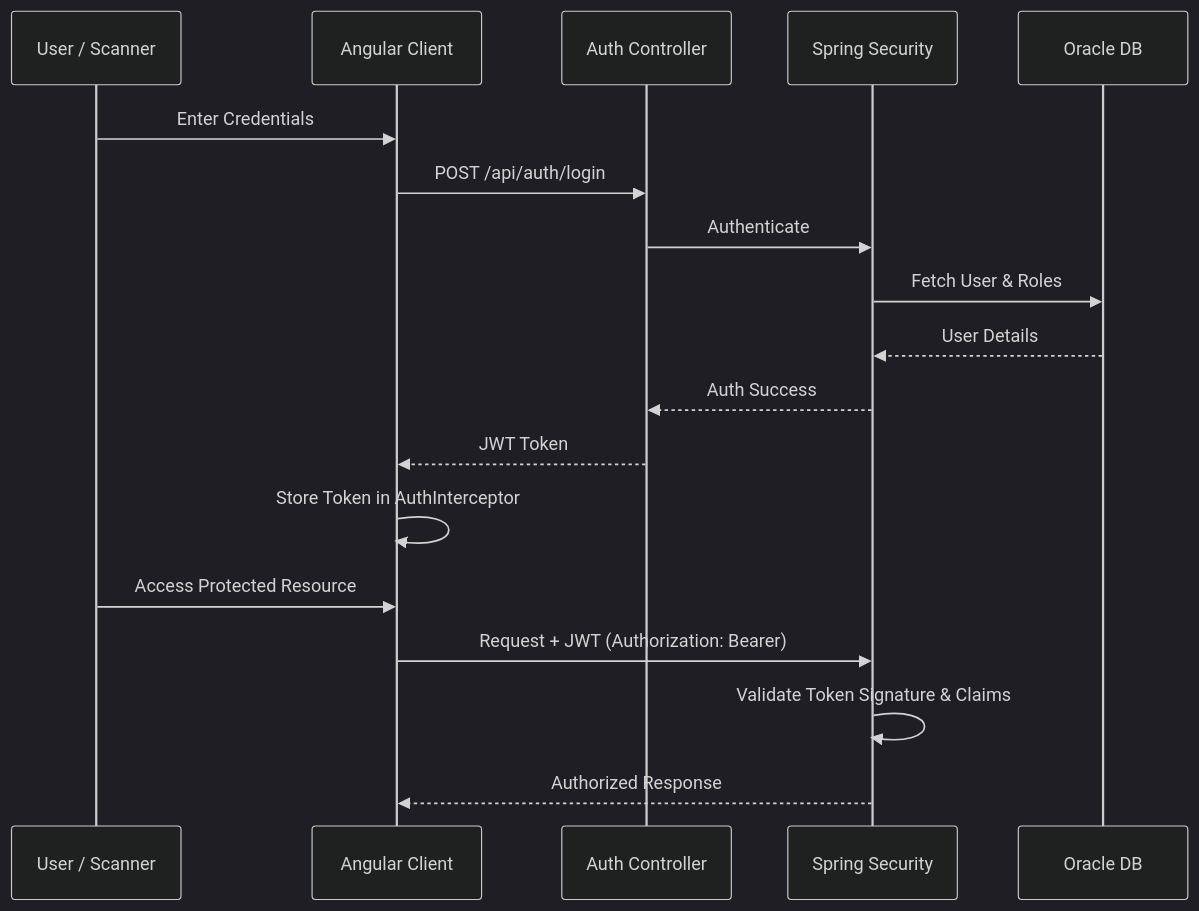
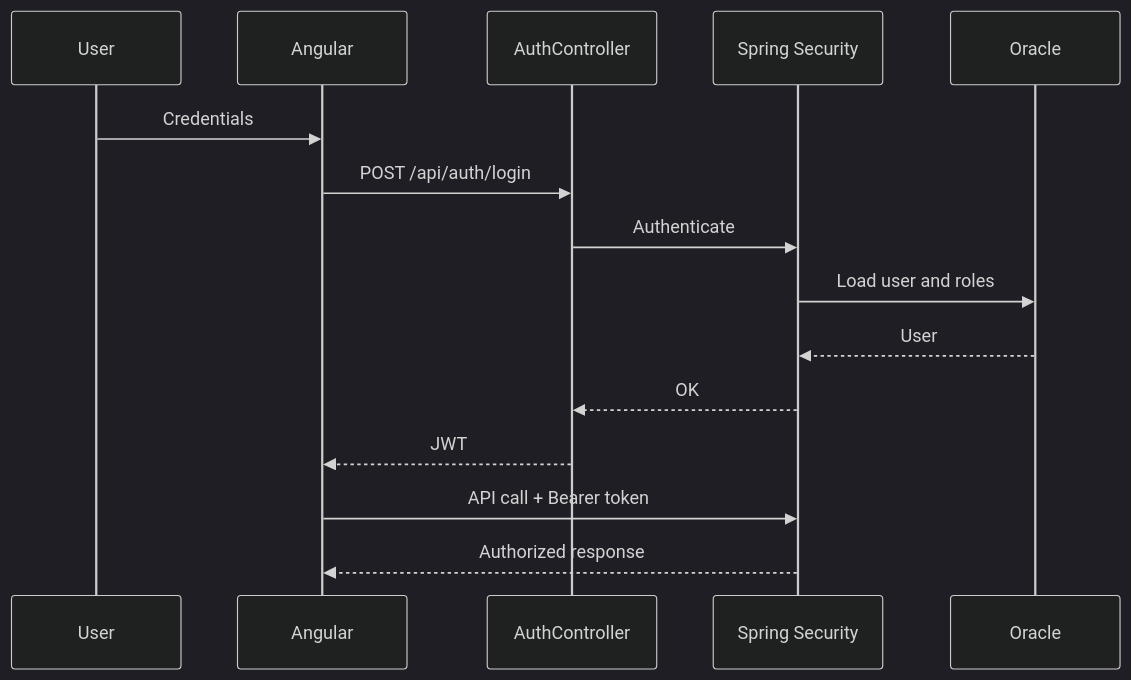
Before and after one commit to kirtika-0102/StockSmart: the fifth of 6 diagrams in docs/architecture.md, drawn with Mermaid (dark theme). The commit also changed other lines of this file and 74 other files, not shown here.

Commit message:
architecture of application

````diff
--- a/docs/architecture.md
+++ b/docs/architecture.md
@@ -160,21 +163,18 @@
 ```mermaid
 sequenceDiagram
-    participant User as User / Scanner
-    participant Angular as Angular Client
-    participant AuthAPI as Auth Controller
-    participant SpringSec as Spring Security
-    participant DB as Oracle DB
+    participant User
+    participant Angular as Angular
+    participant Auth as AuthController
+    participant Sec as Spring Security
+    participant DB as Oracle
 
-    User->>Angular: Enter Credentials
-    Angular->>AuthAPI: POST /api/auth/login
-    AuthAPI->>SpringSec: Authenticate
-    SpringSec->>DB: Fetch User & Roles
-    DB-->>SpringSec: User Details
-    SpringSec-->>AuthAPI: Auth Success
-    AuthAPI-->>Angular: JWT Token
-    Angular->>Angular: Store Token in AuthInterceptor
-    User->>Angular: Access Protected Resource
-    Angular->>SpringSec: Request + JWT (Authorization: Bearer)
-    SpringSec->>SpringSec: Validate Token Signature & Claims
-    SpringSec-->>Angular: Authorized Response
+    User->>Angular: Credentials
+    Angular->>Auth: POST /api/auth/login
+    Auth->>Sec: Authenticate
+    Sec->>DB: Load user and roles
+    DB-->>Sec: User
+    Sec-->>Auth: OK
+    Auth-->>Angular: JWT
+    Angular->>Sec: API call + Bearer token
+    Sec-->>Angular: Authorized response
 ```
````
